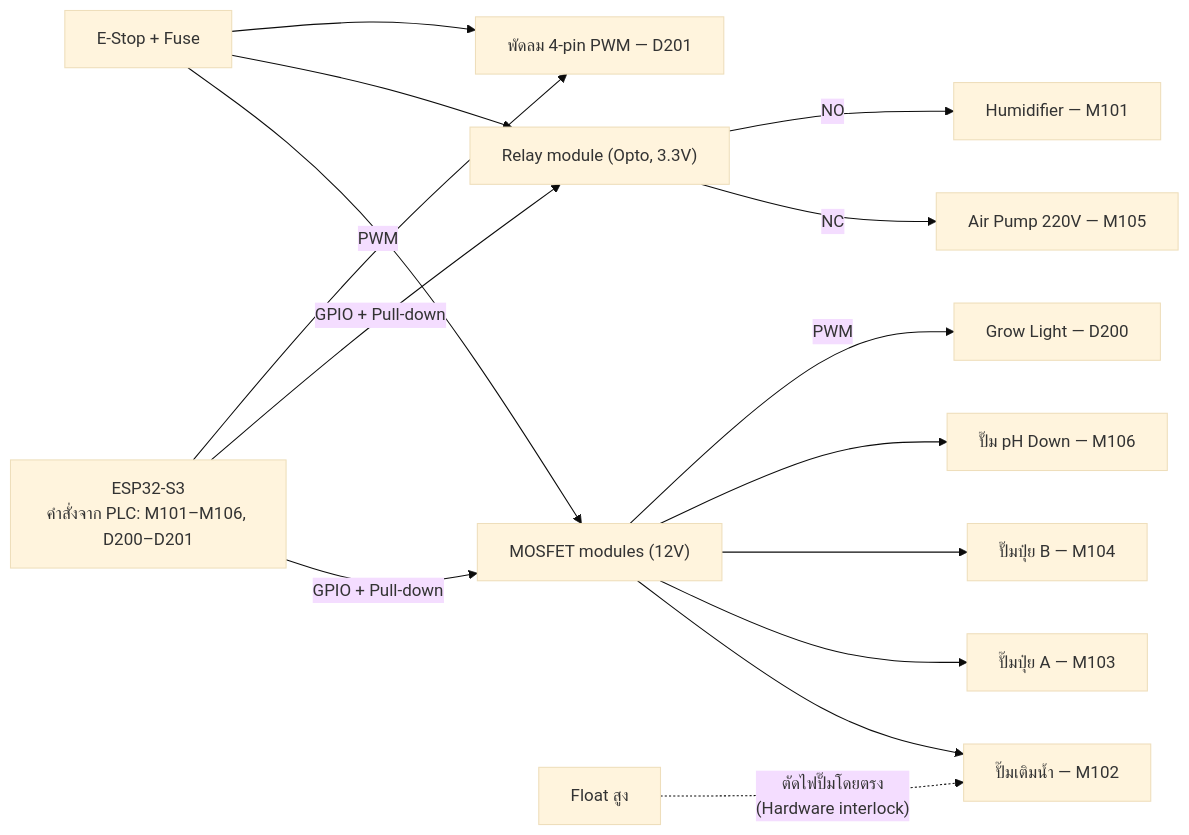
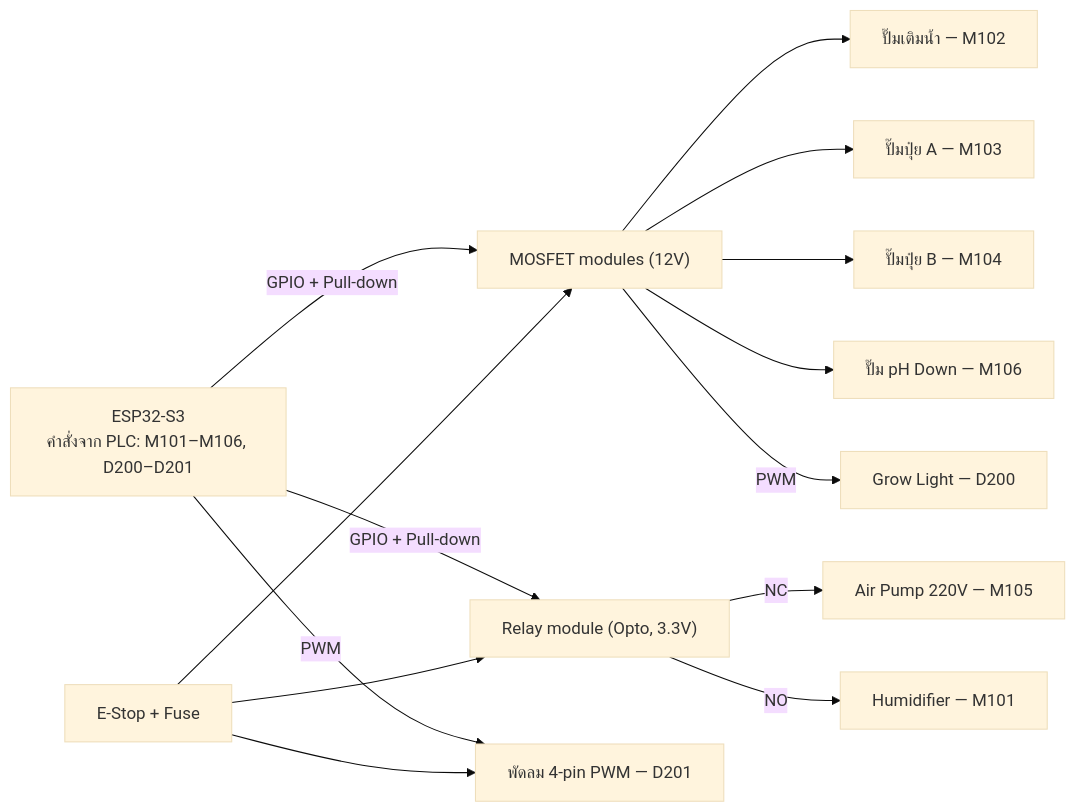
The third of 4 diagrams in docs/HARDWARE-FLOW.md (aplab-workshop/green-oak-plant-lab), drawn with Mermaid (base theme) before and after one commit. The commit also changed other lines of this file and 4 other files, not shown here.

First line of the commit message:
docs(hw): drop float switches; firmware cuts refill when 90 % level stays wet

````diff
--- a/docs/HARDWARE-FLOW.md
+++ b/docs/HARDWARE-FLOW.md
@@ -70,22 +68,21 @@
 ```mermaid
 flowchart LR
     MCU["ESP32-S3<br/>คำสั่งจาก PLC: M101–M106, D200–D201"]
     FUSE["E-Stop + Fuse"]
 
     MCU -- "GPIO + Pull-down" --> MOS["MOSFET modules (12V)"]
     MCU -- "GPIO + Pull-down" --> REL["Relay module (Opto, 3.3V)"]
     MCU -- "PWM" --> FAN["พัดลม 4-pin PWM — D201"]
     FUSE --> MOS
     FUSE --> REL
     FUSE --> FAN
 
     MOS --> REFILL["ปั๊มเติมน้ำ — M102"]
     MOS --> NUTA["ปั๊มปุ๋ย A — M103"]
     MOS --> NUTB["ปั๊มปุ๋ย B — M104"]
     MOS --> PHD["ปั๊ม pH Down — M106"]
     MOS -- "PWM" --> LED["Grow Light — D200"]
     REL -- "NC" --> AIR["Air Pump 220V — M105"]
     REL -- "NO" --> HUM["Humidifier — M101"]
 
-    FLH["Float สูง"] -. "ตัดไฟปั๊มโดยตรง<br/>(Hardware interlock)" .-> REFILL
 ```
````
